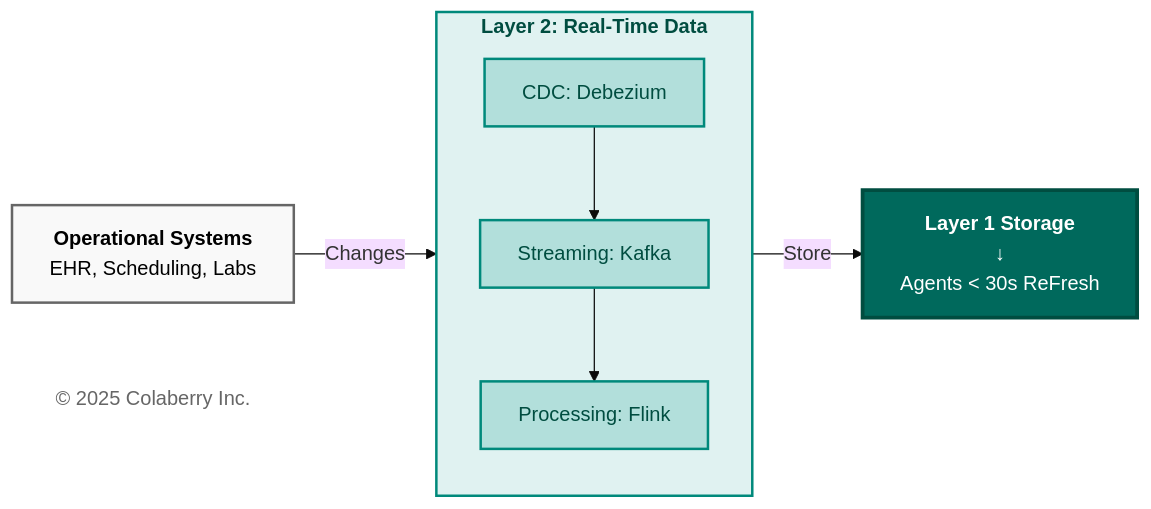
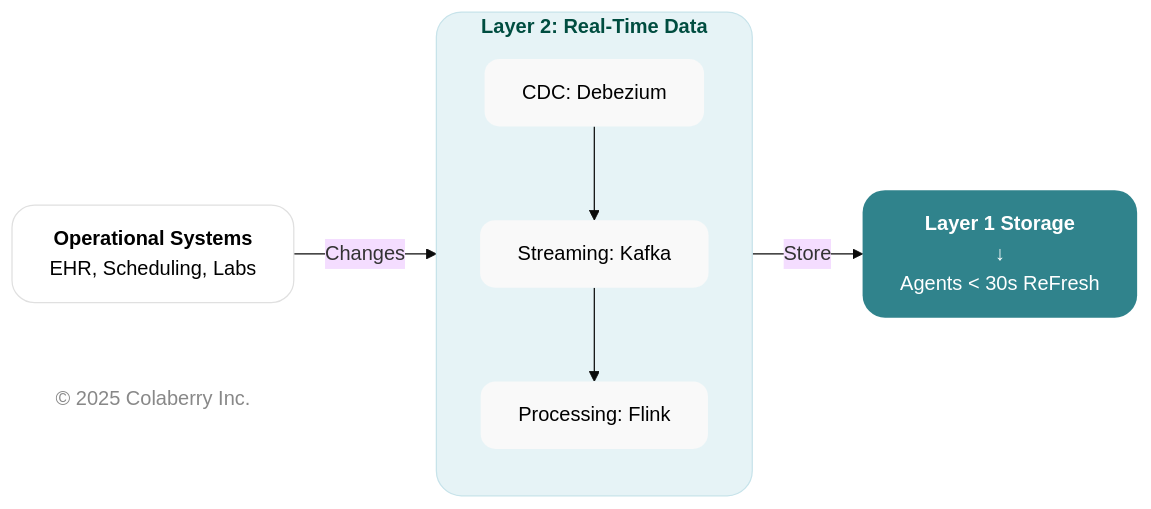
One commit to saitejesh-cyber/trust-before-intelligence-book changed the seventh of 11 diagrams in manuscript/05_chapter_4_foundation_layers.md. Above: the diagram before and after it, drawn with Mermaid (base theme). The commit also changed other lines of this file and 4 other files, not shown here.

Commit message:
Chapter 1to5: Updated mermaid diagrams based on new colaberry color code

````diff
--- a/manuscript/05_chapter_4_foundation_layers.md
+++ b/manuscript/05_chapter_4_foundation_layers.md
@@ -731,29 +737,29 @@
 ```mermaid
 
 graph LR
     SOURCE["<b>Operational Systems</b><br/>EHR, Scheduling, Labs"]
     
     subgraph LAYER2["<b>Layer 2: Real-Time Data</b>"]
         direction TB
         CDC["CDC: Debezium"]
         KAFKA["Streaming: Kafka"]
         PROCESS["Processing: Flink"]
         CDC --> KAFKA --> PROCESS
     end
     
     OUTCOME["<b>Layer 1 Storage</b><br/>↓<br/>Agents < 30s ReFresh"]
     
     Copyright["© 2025 Colaberry Inc."]
     
     SOURCE -->|"Changes"| LAYER2
     LAYER2 -->|"Store"| OUTCOME
     
-    style SOURCE fill:#f9f9f9,stroke:#666666,stroke-width:2px,color:#000000
-    style LAYER2 fill:#e0f2f1,stroke:#00897b,stroke-width:2px,color:#004d40
-    style CDC fill:#b2dfdb,stroke:#00897b,stroke-width:2px,color:#004d40
-    style KAFKA fill:#b2dfdb,stroke:#00897b,stroke-width:2px,color:#004d40
-    style PROCESS fill:#b2dfdb,stroke:#00897b,stroke-width:2px,color:#004d40
-    style OUTCOME fill:#00695c,color:#ffffff,stroke:#004d40,stroke-width:3px
-    style Copyright fill:#ffffff,stroke:none,color:#666666
+    style SOURCE fill:#ffffff,stroke:#e0e0e0,stroke-width:1px,color:#000000,rx:18,ry:18
+    style LAYER2 fill:#e6f3f6,stroke:#c7e3ea,stroke-width:1px,color:#004d40,rx:20,ry:20
+    style CDC fill:#f9f9f9,stroke:none,color:#000000,rx:12,ry:12
+    style KAFKA fill:#f9f9f9,stroke:none,color:#000000,rx:12,ry:12
+    style PROCESS fill:#f9f9f9,stroke:none,color:#000000,rx:12,ry:12
+    style OUTCOME fill:#30838C,stroke:none,color:#ffffff,rx:18,ry:18
+    style Copyright fill:none,stroke:none,color:#888888
 
 ```
````
